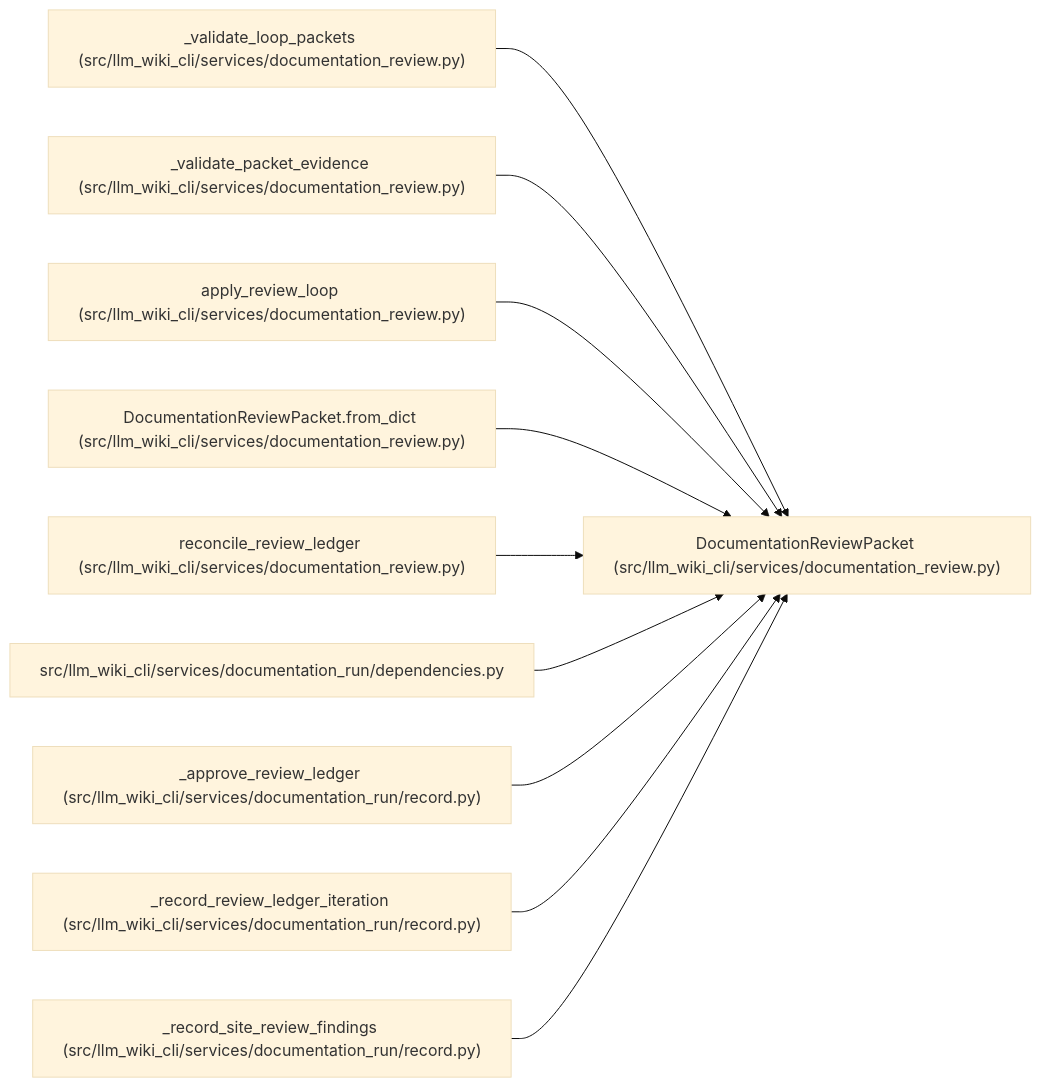
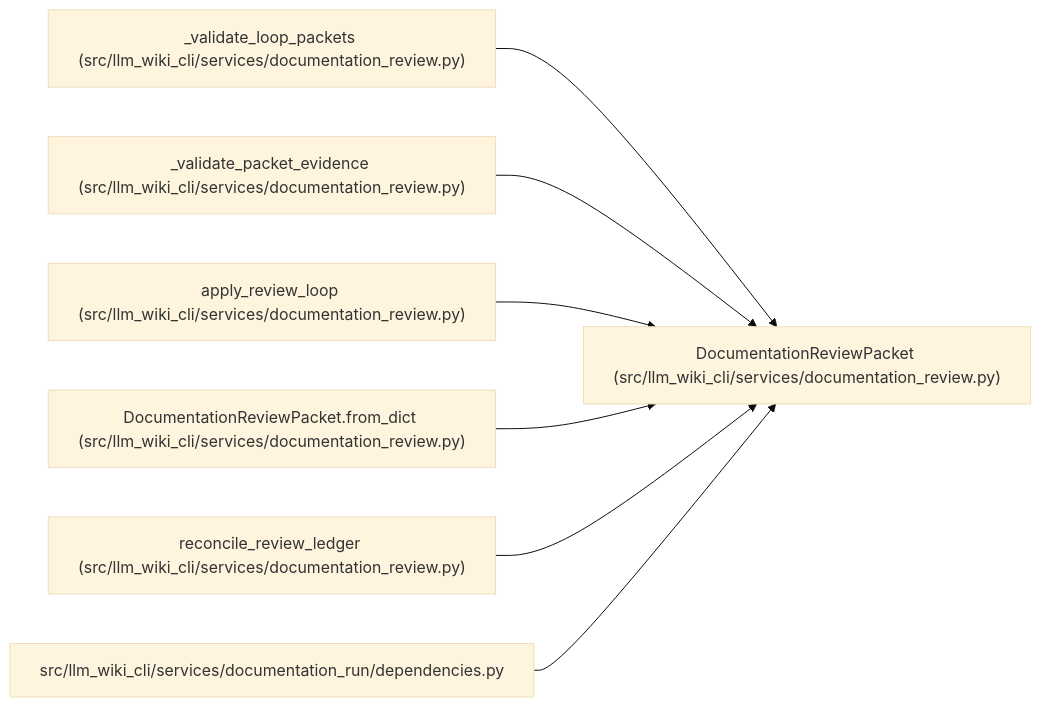
The diagram in docs/llm_wiki/entities/DocumentationReviewPacket.md (Denissvgn/python-wiki-llm), drawn with Mermaid (base theme) before and after one commit. The commit also changed other lines of this file and 719 other files, not shown here.

````diff
--- a/docs/llm_wiki/entities/DocumentationReviewPacket.md
+++ b/docs/llm_wiki/entities/DocumentationReviewPacket.md
@@ -38,32 +38,23 @@
 ```mermaid
 flowchart LR
     n0["DocumentationReviewPacket (src/llm_wiki_cli/services/documentation_review.py)"]
     n1["_validate_loop_packets (src/llm_wiki_cli/services/documentation_review.py)"]
     n2["_validate_packet_evidence (src/llm_wiki_cli/services/documentation_review.py)"]
     n3["apply_review_loop (src/llm_wiki_cli/services/documentation_review.py)"]
     n4["DocumentationReviewPacket.from_dict (src/llm_wiki_cli/services/documentation_review.py)"]
     n5["reconcile_review_ledger (src/llm_wiki_cli/services/documentation_review.py)"]
     n6["src/llm_wiki_cli/services/documentation_run/dependencies.py"]
-    n7["_approve_review_ledger (src/llm_wiki_cli/services/documentation_run/record.py)"]
-    n8["_record_review_ledger_iteration (src/llm_wiki_cli/services/documentation_run/record.py)"]
-    n9["_record_site_review_findings (src/llm_wiki_cli/services/documentation_run/record.py)"]
     n1 --> n0
     n2 --> n0
     n3 --> n0
     n4 --> n0
     n5 --> n0
     n6 --> n0
-    n7 --> n0
-    n8 --> n0
-    n9 --> n0
     click n0 "../modules/documentation_review.md"
     click n1 "../modules/documentation_review.md"
     click n2 "../modules/documentation_review.md"
     click n3 "../modules/documentation_review.md"
     click n4 "../modules/documentation_review.md"
     click n5 "../modules/documentation_review.md"
     click n6 "../modules/documentation_run_dependencies.md"
-    click n7 "../modules/record.md"
-    click n8 "../modules/record.md"
-    click n9 "../modules/record.md"
 ```
````
